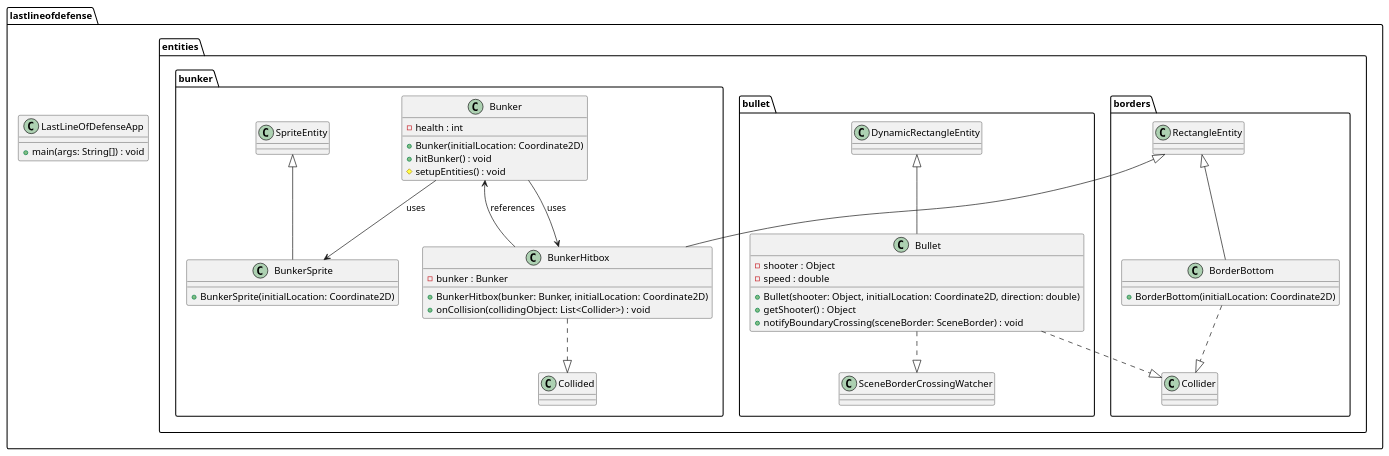
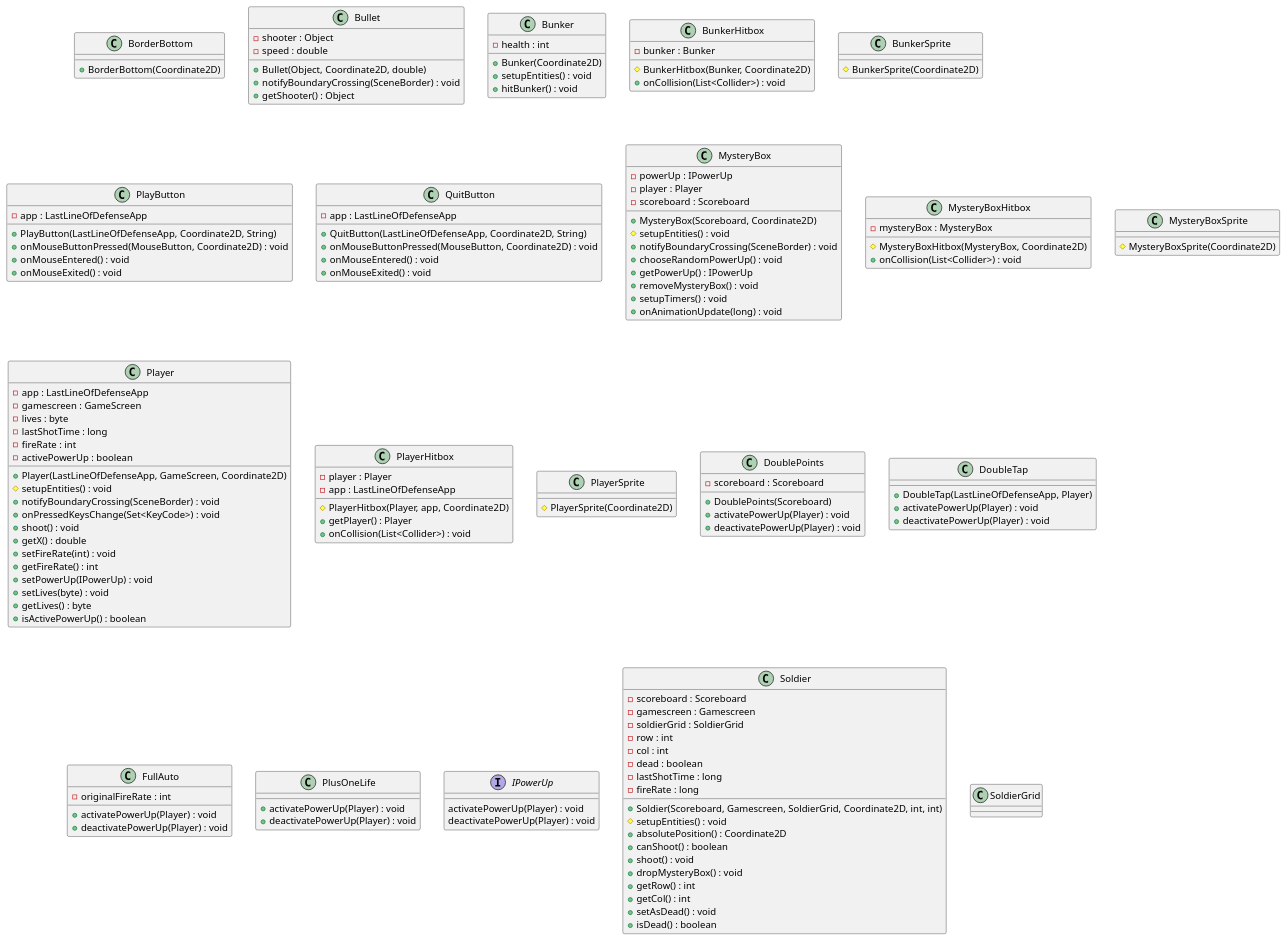
Before and after one commit to vermeulendevin/LastLineOfDefense: the diagram in src/main/java/lastlineofdefense/ClassDiagram.md, drawn with PlantUML.

Commit message:
Changed: Class diagram

````diff
--- a/src/main/java/lastlineofdefense/ClassDiagram.md
+++ b/src/main/java/lastlineofdefense/ClassDiagram.md
@@ -1,57 +1,151 @@
 ```plantuml
 @startuml
-package "lastlineofdefense" {
+class BorderBottom {
+    + BorderBottom(Coordinate2D)
+}
+class Bullet {
+    - shooter : Object
+    - speed : double
+    
+    + Bullet(Object, Coordinate2D, double)
+    + notifyBoundaryCrossing(SceneBorder) : void
+    + getShooter() : Object
+}
+class Bunker {
+    - health : int
+    
+    + Bunker(Coordinate2D)
+    + setupEntities() : void
+    + hitBunker() : void
+}
+class BunkerHitbox {
+    - bunker : Bunker
+    
+    # BunkerHitbox(Bunker, Coordinate2D)
+    + onCollision(List<Collider>) : void
+}
+class BunkerSprite {
+    # BunkerSprite(Coordinate2D)
+}
+class PlayButton {
+    - app : LastLineOfDefenseApp
+    
+    + PlayButton(LastLineOfDefenseApp, Coordinate2D, String)
+    + onMouseButtonPressed(MouseButton, Coordinate2D) : void
+    + onMouseEntered() : void
+    + onMouseExited() : void
+}
+class QuitButton {
+    - app : LastLineOfDefenseApp
+    
+    + QuitButton(LastLineOfDefenseApp, Coordinate2D, String)
+    + onMouseButtonPressed(MouseButton, Coordinate2D) : void
+    + onMouseEntered() : void
+    + onMouseExited() : void
+}
+class MysteryBox {
+    - powerUp : IPowerUp
+    - player : Player
+    - scoreboard : Scoreboard
+    
+    + MysteryBox(Scoreboard, Coordinate2D)
+    # setupEntities() : void
+    + notifyBoundaryCrossing(SceneBorder) : void
+    + chooseRandomPowerUp() : void
+    + getPowerUp() : IPowerUp
+    + removeMysteryBox() : void
+    + setupTimers() : void
+    + onAnimationUpdate(long) : void
+}
+class MysteryBoxHitbox {
+    - mysteryBox : MysteryBox
+    
+    # MysteryBoxHitbox(MysteryBox, Coordinate2D)
+    + onCollision(List<Collider>) : void
+}
+class MysteryBoxSprite {
+    # MysteryBoxSprite(Coordinate2D)
+}
+class Player {
+    - app : LastLineOfDefenseApp
+    - gamescreen : GameScreen
+    - lives : byte
+    - lastShotTime : long
+    - fireRate : int
+    - activePowerUp : boolean
+    
+    + Player(LastLineOfDefenseApp, GameScreen, Coordinate2D)
+    # setupEntities() : void
+    + notifyBoundaryCrossing(SceneBorder) : void
+    + onPressedKeysChange(Set<KeyCode>) : void
+    + shoot() : void
+    + getX() : double
+    + setFireRate(int) : void
+    + getFireRate() : int
+    + setPowerUp(IPowerUp) : void
+    + setLives(byte) : void
+    + getLives() : byte
+    + isActivePowerUp() : boolean
+}
+class PlayerHitbox {
+    - player : Player
+    - app : LastLineOfDefenseApp
+    
+    # PlayerHitbox(Player, app, Coordinate2D)
+    + getPlayer() : Player
+    + onCollision(List<Collider>) : void
+}
+class PlayerSprite {
+    # PlayerSprite(Coordinate2D)
+}
+class DoublePoints {
+    - scoreboard : Scoreboard
+    
+    + DoublePoints(Scoreboard)
+    + activatePowerUp(Player) : void
+    + deactivatePowerUp(Player) : void
+}
+class DoubleTap {
+    + DoubleTap(LastLineOfDefenseApp, Player)
+    + activatePowerUp(Player) : void
+    + deactivatePowerUp(Player) : void
+}
+class FullAuto {
+    - originalFireRate : int
+    + activatePowerUp(Player) : void
+    + deactivatePowerUp(Player) : void
+}
+class PlusOneLife {
+    + activatePowerUp(Player) : void
+    + deactivatePowerUp(Player) : void
+}
+interface IPowerUp {
+    activatePowerUp(Player) : void
+    deactivatePowerUp(Player) : void
+}
+class Soldier {
+    - scoreboard : Scoreboard
+    - gamescreen : Gamescreen
+    - soldierGrid : SoldierGrid
+    - row : int
+    - col : int
+    - dead : boolean
+    - lastShotTime : long
+    - fireRate : long
+    
+    + Soldier(Scoreboard, Gamescreen, SoldierGrid, Coordinate2D, int, int)
+    # setupEntities() : void
+    + absolutePosition() : Coordinate2D
+    + canShoot() : boolean
+    + shoot() : void
+    + dropMysteryBox() : void
+    + getRow() : int
+    + getCol() : int
+    + setAsDead() : void
+    + isDead() : boolean
+}
+class SoldierGrid {
 
-class LastLineOfDefenseApp {
-+main(args: String[]) : void
-}
-
-package "entities.borders" {
-class BorderBottom {
-+BorderBottom(initialLocation: Coordinate2D)
-}
-BorderBottom -up-|> RectangleEntity
-BorderBottom ..|> Collider
-}
-
-package "entities.bullet" {
-class Bullet {
--shooter : Object
--speed : double
-+Bullet(shooter: Object, initialLocation: Coordinate2D, direction: double)
-+getShooter() : Object
-+notifyBoundaryCrossing(sceneBorder: SceneBorder) : void
-}
-Bullet -up-|> DynamicRectangleEntity
-Bullet ..|> SceneBorderCrossingWatcher
-Bullet ..|> Collider
-}
-
-package "entities.bunker" {
-class Bunker {
--health : int
-+Bunker(initialLocation: Coordinate2D)
-+hitBunker() : void
-#setupEntities() : void
-}
-
-    class BunkerHitbox {
-      -bunker : Bunker
-      +BunkerHitbox(bunker: Bunker, initialLocation: Coordinate2D)
-      +onCollision(collidingObject: List<Collider>) : void
-    }
-
-    class BunkerSprite {
-      +BunkerSprite(initialLocation: Coordinate2D)
-    }
-
-    Bunker -down-> BunkerHitbox : uses
-    Bunker -down-> BunkerSprite : uses
-    BunkerHitbox --> Bunker : references
-    BunkerHitbox ..|> Collided
-    BunkerHitbox -up-|> RectangleEntity
-    BunkerSprite -up-|> SpriteEntity
-}
 }
 @enduml
 ```
````
